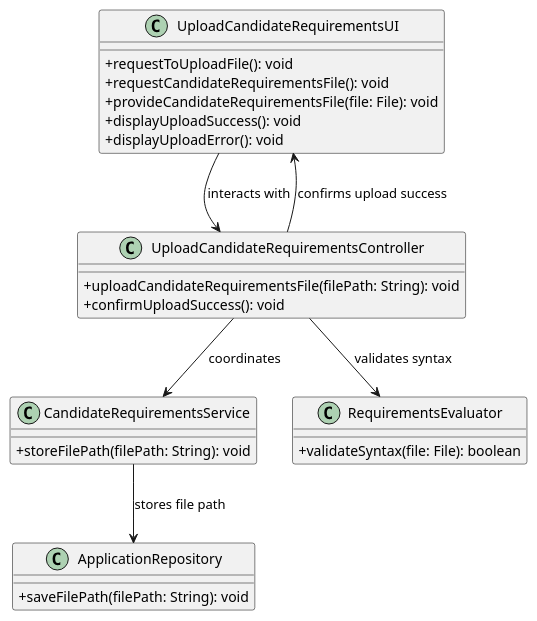
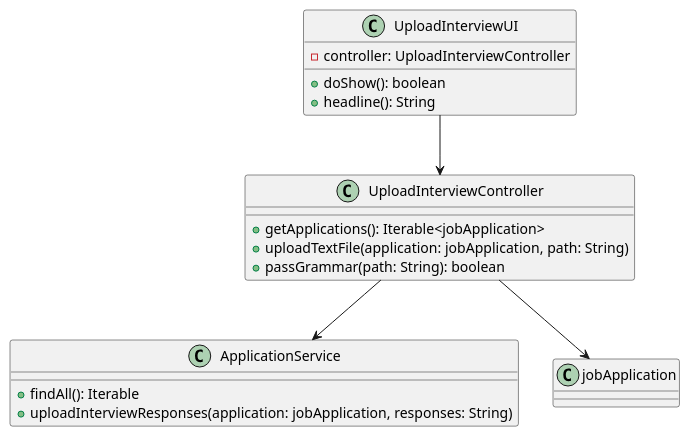
The diagram in docs/sprintC/US1017/03.design/puml/CD.puml (Mendoncaa/LAPR4), drawn with PlantUML before and after one commit. The commit also changed 2 other files, not shown here.

```diff
--- a/docs/sprintC/US1017/03.design/puml/CD.puml
+++ b/docs/sprintC/US1017/03.design/puml/CD.puml
@@ -1,38 +1,28 @@
 @startuml
-skinparam classAttributeIconSize 0
-skinparam classBorderColor black
 
+class UploadInterviewController {
+    + getApplications(): Iterable<jobApplication>
+    + uploadTextFile(application: jobApplication, path: String)
+    + passGrammar(path: String): boolean
 
-class UploadCandidateRequirementsUI {
-    + requestToUploadFile(): void
-    + requestCandidateRequirementsFile(): void
-    + provideCandidateRequirementsFile(file: File): void
-    + displayUploadSuccess(): void
-    + displayUploadError(): void
 }
 
-class UploadCandidateRequirementsController {
-    + uploadCandidateRequirementsFile(filePath: String): void
-    + confirmUploadSuccess(): void
+class UploadInterviewUI {
+    - controller: UploadInterviewController
+    + doShow(): boolean
+    + headline(): String
+
 }
 
-class CandidateRequirementsService {
-    + storeFilePath(filePath: String): void
+class ApplicationService {
+    + findAll(): Iterable
+    + uploadInterviewResponses(application: jobApplication, responses: String)
 }
 
-class ApplicationRepository {
-    + saveFilePath(filePath: String): void
-}
+class jobApplication
 
-class RequirementsEvaluator {
-    + validateSyntax(file: File): boolean
-}
+UploadInterviewUI --> UploadInterviewController
+UploadInterviewController --> ApplicationService
+UploadInterviewController --> jobApplication
 
-
-
-UploadCandidateRequirementsUI --> UploadCandidateRequirementsController : interacts with
-UploadCandidateRequirementsController --> CandidateRequirementsService : coordinates
-CandidateRequirementsService --> ApplicationRepository : stores file path
-UploadCandidateRequirementsController --> RequirementsEvaluator : validates syntax
-UploadCandidateRequirementsController --> UploadCandidateRequirementsUI : confirms upload success
 @enduml
```
